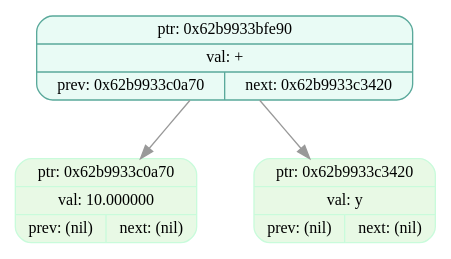
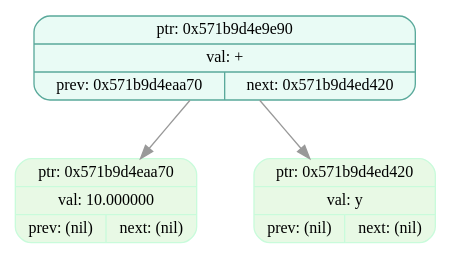
Before and after one commit to EvilTomato9890/Difference: the diagram in dumps/tree_dump_005.dot, drawn with Graphviz. The commit also changed 37 other files, not shown here.

```diff
--- a/dumps/tree_dump_005.dot
+++ b/dumps/tree_dump_005.dot
@@ -1,9 +1,9 @@
 digraph T{
   node [fontname="Fira Mono",shape=record,style="filled,rounded",fontsize=12];
   graph [splines=true, nodesep=0.6, ranksep=0.6];
-  node_0x62b9933bfe90[shape=record,label="{ {ptr: 0x62b9933bfe90} | {val: +} | { prev: 0x62b9933c0a70 | next: 0x62b9933c3420 } }",color="#5aa99b",fillcolor="#e9fbf5"];
-  node_0x62b9933c0a70[shape=record,label="{ {ptr: 0x62b9933c0a70} | {val: 10.000000} | { prev: (nil) | next: (nil) } }",color="#c9fbdbff",fillcolor="#e8f9e5ff"];
-  node_0x62b9933c3420[shape=record,label="{ {ptr: 0x62b9933c3420} | {val: y} | { prev: (nil) | next: (nil) } }",color="#c9fbdbff",fillcolor="#e8f9e5ff"];
-  node_0x62b9933bfe90 -> node_0x62b9933c0a70 [color="#999999"];
-  node_0x62b9933bfe90 -> node_0x62b9933c3420 [color="#999999"];
+  node_0x571b9d4e9e90[shape=record,label="{ {ptr: 0x571b9d4e9e90} | {val: +} | { prev: 0x571b9d4eaa70 | next: 0x571b9d4ed420 } }",color="#5aa99b",fillcolor="#e9fbf5"];
+  node_0x571b9d4eaa70[shape=record,label="{ {ptr: 0x571b9d4eaa70} | {val: 10.000000} | { prev: (nil) | next: (nil) } }",color="#c9fbdbff",fillcolor="#e8f9e5ff"];
+  node_0x571b9d4ed420[shape=record,label="{ {ptr: 0x571b9d4ed420} | {val: y} | { prev: (nil) | next: (nil) } }",color="#c9fbdbff",fillcolor="#e8f9e5ff"];
+  node_0x571b9d4e9e90 -> node_0x571b9d4eaa70 [color="#999999"];
+  node_0x571b9d4e9e90 -> node_0x571b9d4ed420 [color="#999999"];
 }
```
